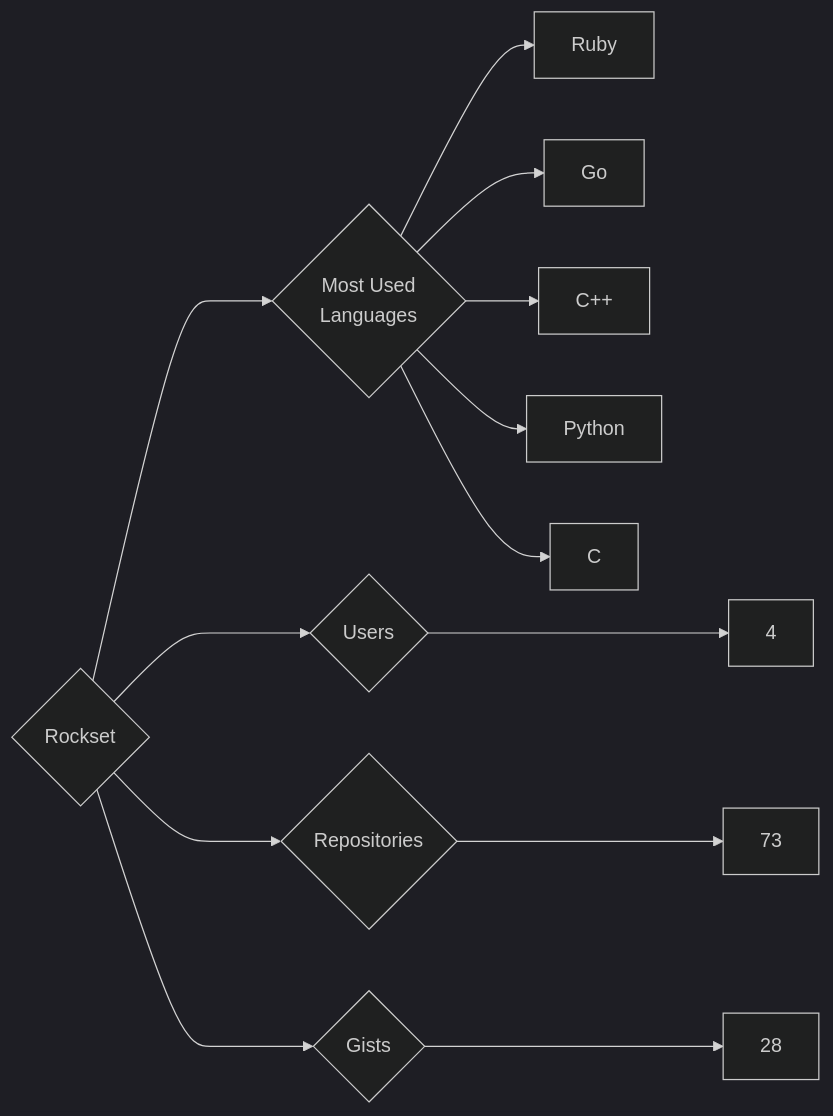
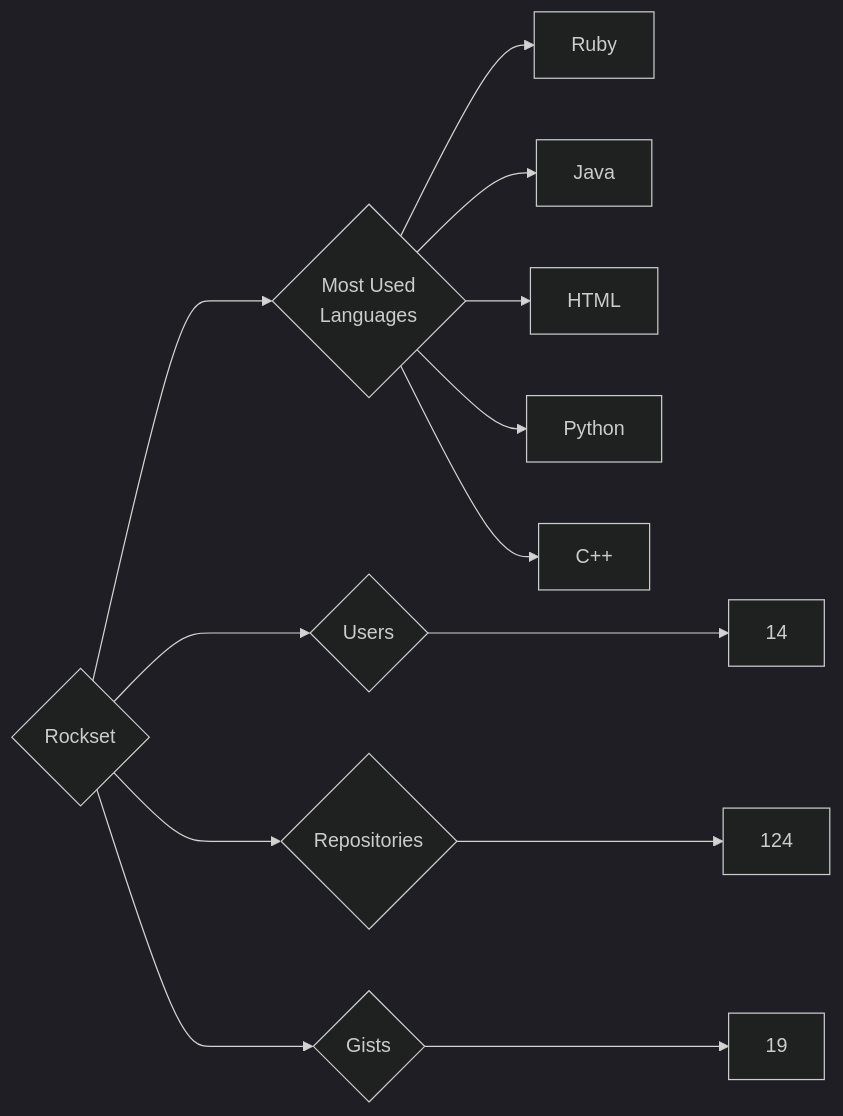
Before and after one commit to trickest/insiders: the diagram in targets/Rockset/README.md, drawn with Mermaid (dark theme). The commit also changed 898 other files, not shown here.

````diff
--- a/targets/Rockset/README.md
+++ b/targets/Rockset/README.md
@@ -3,13 +3,13 @@
 ```mermaid
 graph LR
 COMPANY_NAME{Rockset}
-COMPANY_NAME ---> U{Users} ---> UN[4]
-COMPANY_NAME ---> R{Repositories} ---> RN[73]
-COMPANY_NAME ---> G{Gists} ---> GN[28]
+COMPANY_NAME ---> U{Users} ---> UN[14]
+COMPANY_NAME ---> R{Repositories} ---> RN[124]
+COMPANY_NAME ---> G{Gists} ---> GN[19]
 COMPANY_NAME ---> ML{Most Used<br>Languages}
 ML --> Ruby[Ruby]
-ML --> Go[Go]
+ML --> Java[Java]
+ML --> HTML[HTML]
+ML --> Python[Python]
 ML --> C++[C++]
-ML --> Python[Python]
-ML --> C[C]
 ```
````
